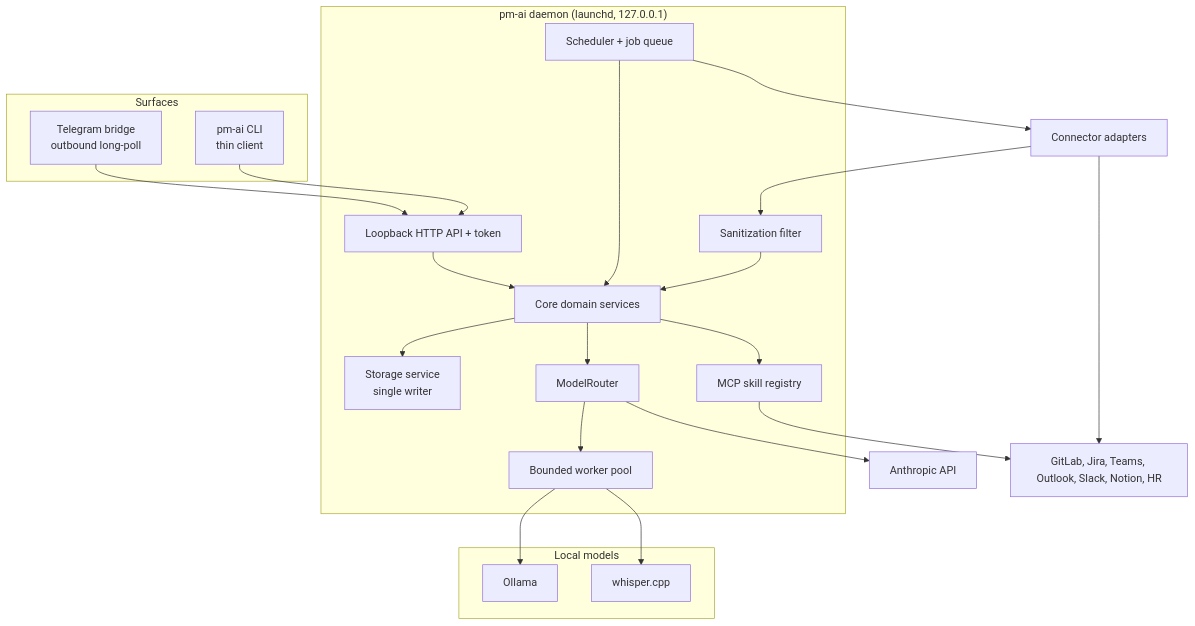
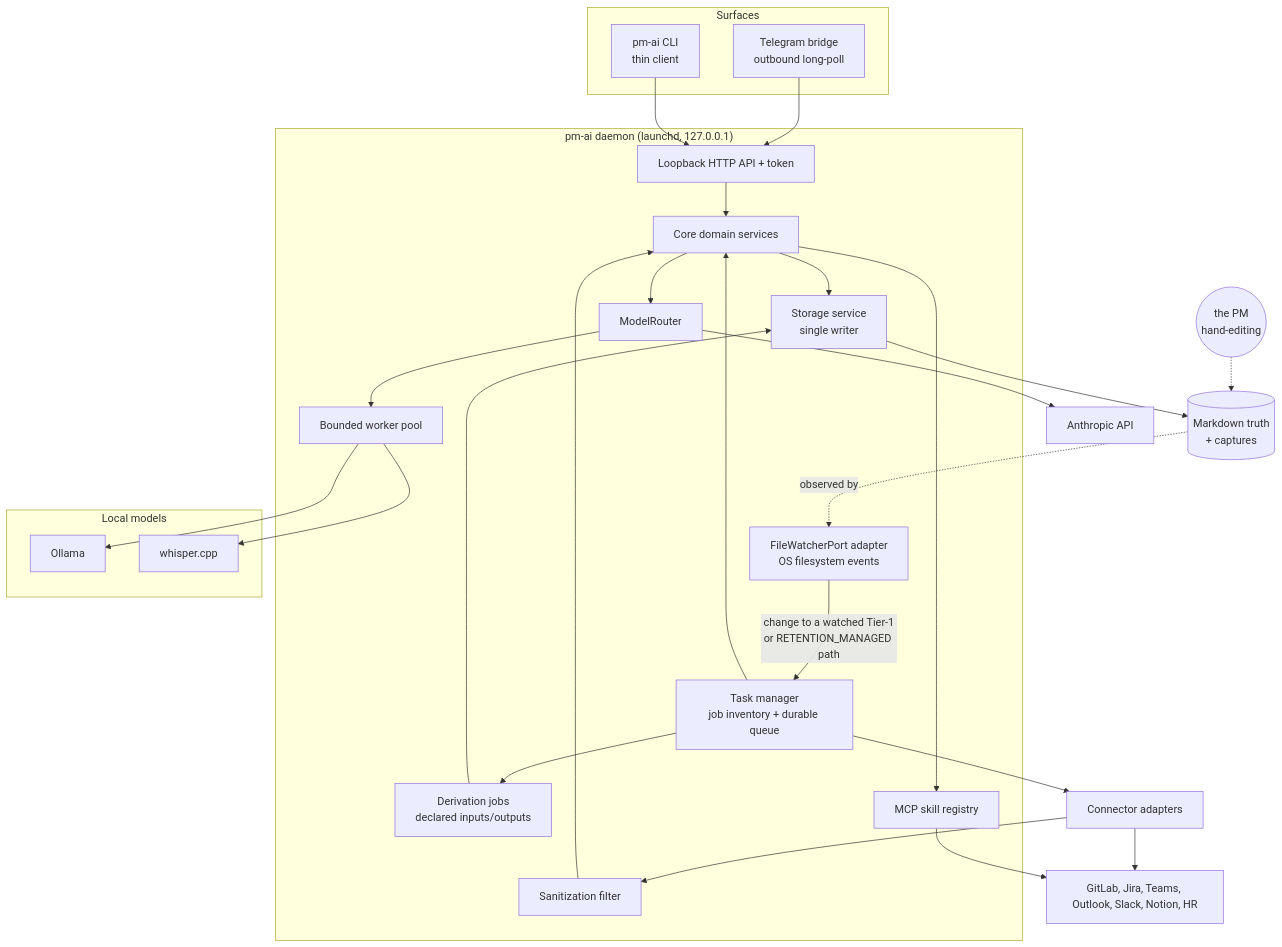
Before and after one commit to aramaniuk/pm-ai: the second of 4 diagrams in _bmad-output/planning-artifacts/architecture/architecture-pm-ai-2026-08-18/ARCHITECTURE-SPINE.md, drawn with Mermaid. The commit also changed other lines of this file and 4 other files, not shown here.

First line of the commit message:
docs(architecture): amend the spine — three new ADs, seven revised

````diff
--- a/_bmad-output/planning-artifacts/architecture/architecture-pm-ai-2026-08-18/ARCHITECTURE-SPINE.md
+++ b/_bmad-output/planning-artifacts/architecture/architecture-pm-ai-2026-08-18/ARCHITECTURE-SPINE.md
@@ -673,37 +763,45 @@
 ```mermaid
 graph TB
     subgraph Surfaces
         TG[Telegram bridge<br/>outbound long-poll]
         CLI[pm-ai CLI<br/>thin client]
     end
     subgraph Daemon["pm-ai daemon (launchd, 127.0.0.1)"]
         API[Loopback HTTP API + token]
-        SCHED[Scheduler + job queue]
+        SCHED[Task manager<br/>job inventory + durable queue]
+        WATCH[FileWatcherPort adapter<br/>OS filesystem events]
+        JOBS[Derivation jobs<br/>declared inputs/outputs]
         CORE[Core domain services]
         SAN[Sanitization filter]
         POOL[Bounded worker pool]
         STORE[Storage service<br/>single writer]
         ROUTER[ModelRouter]
         REG[MCP skill registry]
     end
     subgraph Local["Local models"]
         OLL[Ollama]
         WSP[whisper.cpp]
     end
     TG --> API
     CLI --> API
     API --> CORE
     SCHED --> CORE
+    SCHED --> JOBS
+    JOBS --> STORE
+    WATCH -->|"change to a watched Tier-1<br/>or RETENTION_MANAGED path"| SCHED
+    FSW[("Markdown truth<br/>+ captures")] -.observed by.-> WATCH
+    STORE --> FSW
+    PM(("the PM<br/>hand-editing")) -.-> FSW
     SCHED --> CONN[Connector adapters]
     CONN --> SAN
     SAN --> CORE
     CORE --> STORE
     CORE --> ROUTER
     CORE --> REG
     ROUTER --> POOL
     POOL --> OLL
     POOL --> WSP
     ROUTER --> ANTH[Anthropic API]
     REG --> EXT[GitLab, Jira, Teams, Outlook, Slack, Notion, HR]
     CONN --> EXT
 ```
````
